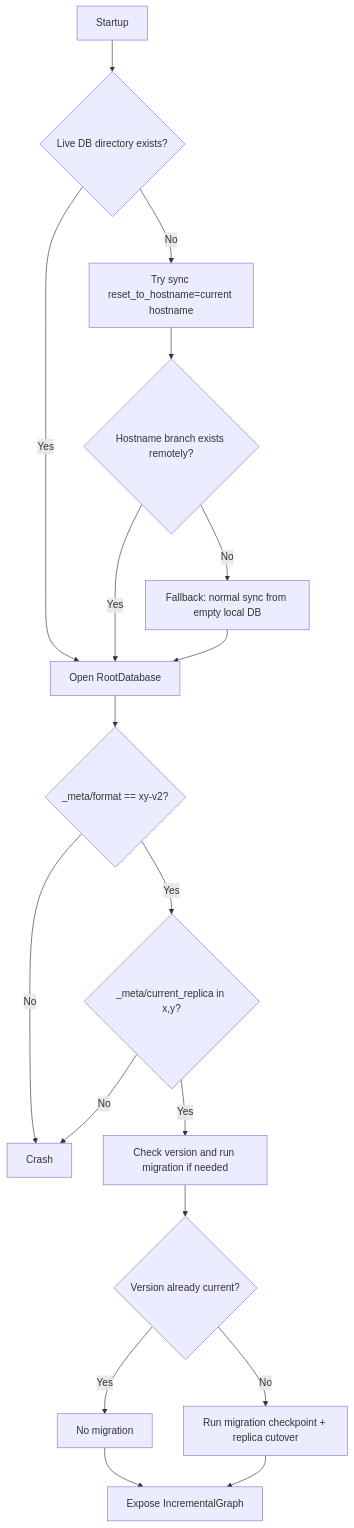
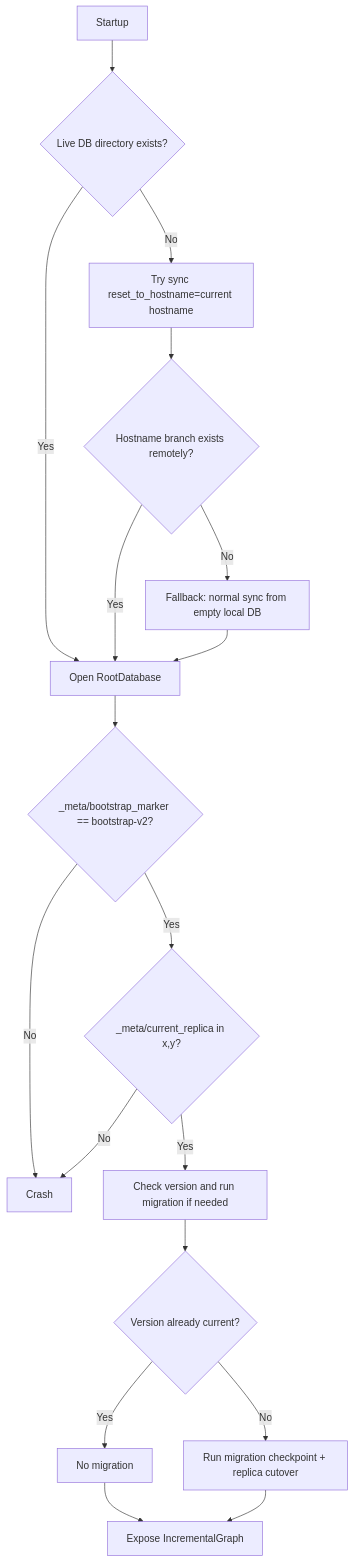
The diagram in docs/database-boot-sequence.md (ottojung/volodyslav), drawn with Mermaid before and after one commit. The commit also changed other lines of this file and 12 other files, not shown here.

Commit message:
Fix reset snapshot replica pointer restore and remove format marker handling

````diff
--- a/docs/database-boot-sequence.md
+++ b/docs/database-boot-sequence.md
@@ -87,23 +87,23 @@
 ```mermaid
 flowchart TD
     A[Startup] --> B{Live DB directory exists?}
     B -->|Yes| C[Open RootDatabase]
     B -->|No| D[Try sync reset_to_hostname=current hostname]
     D --> E{Hostname branch exists remotely?}
     E -->|Yes| C
     E -->|No| F[Fallback: normal sync from empty local DB]
     F --> C
 
-    C --> G{_meta/format == xy-v2?}
+    C --> G{_meta/bootstrap_marker == bootstrap-v2?}
     G -->|No| X[Crash]
     G -->|Yes| H{_meta/current_replica in x,y?}
     H -->|No| X
     H -->|Yes| I[Check version and run migration if needed]
 
     I --> J{Version already current?}
     J -->|Yes| K[No migration]
     J -->|No| L[Run migration checkpoint + replica cutover]
 
     K --> M[Expose IncrementalGraph]
     L --> M
 ```
````
